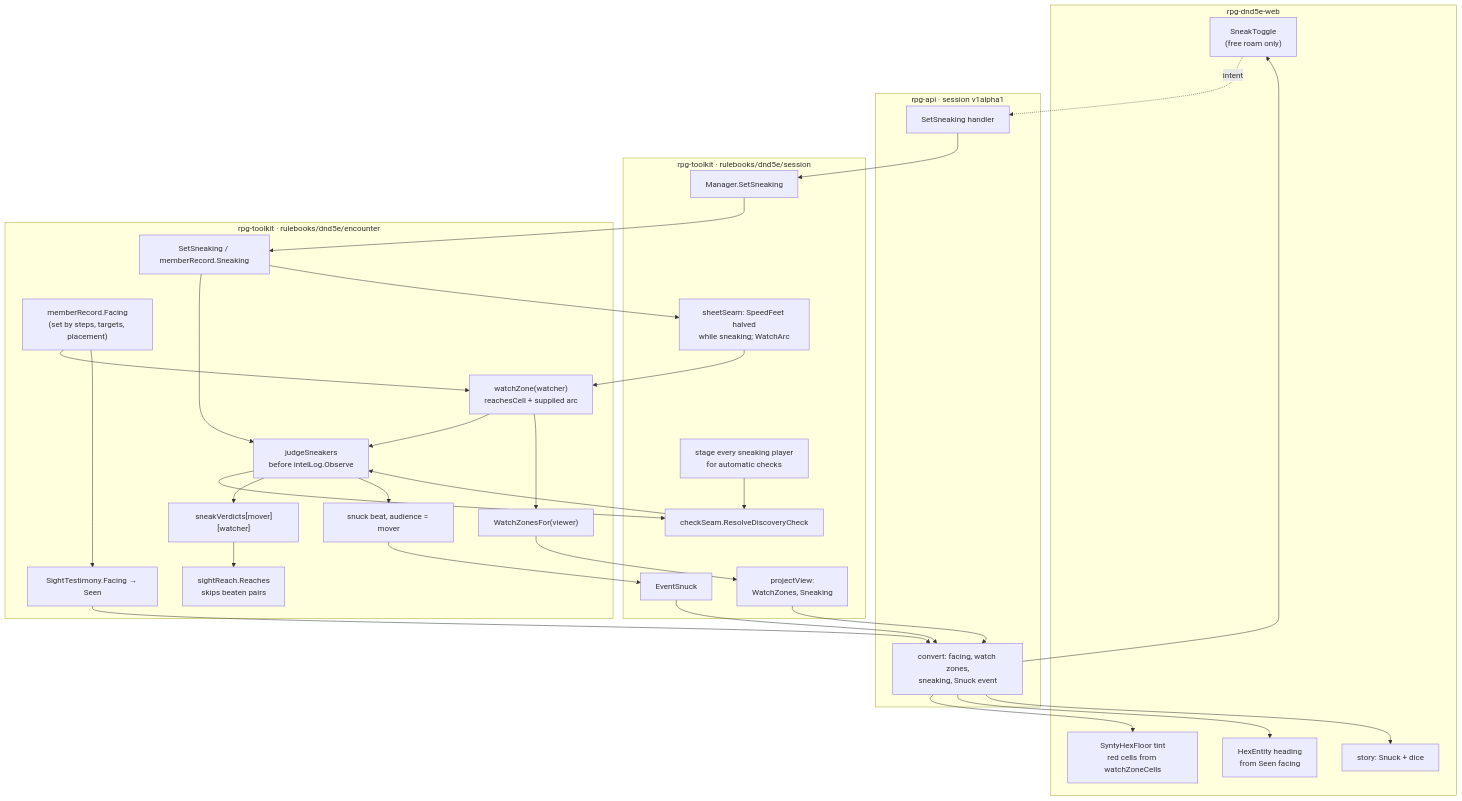
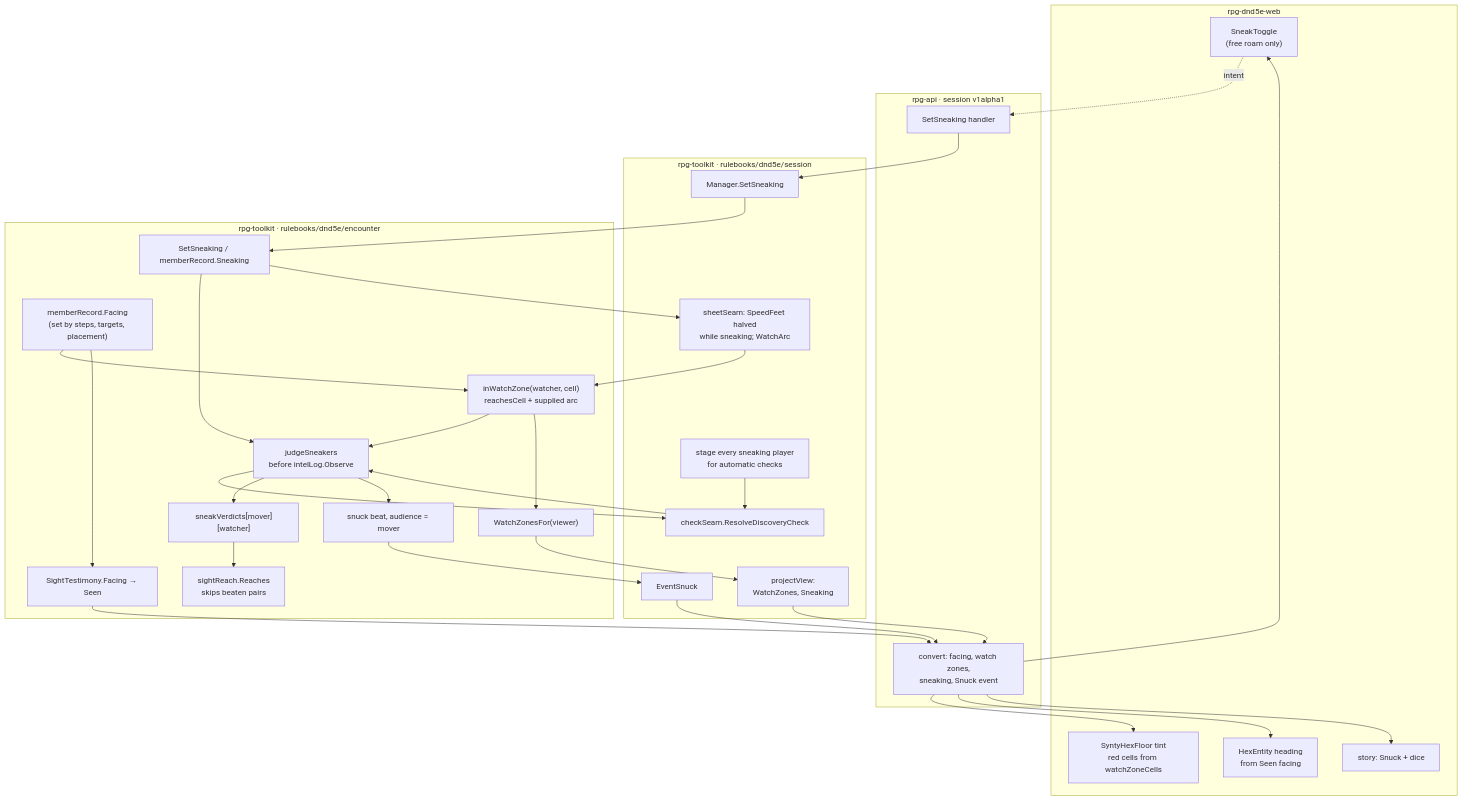
One commit to KirkDiggler/rpg-project changed the diagram in ideas/sneaking/README.md. Above: the diagram before and after it, drawn with Mermaid. The commit also changed other lines of this file and 2 other files, not shown here.

First line of the commit message:
docs(sneaking): C-cone shipped — a supplied arc narrows the red zone to a wedge (#622)

````diff
--- a/ideas/sneaking/README.md
+++ b/ideas/sneaking/README.md
@@ -27,44 +27,44 @@
 ```mermaid
 flowchart TB
     subgraph web[rpg-dnd5e-web]
         Tog["SneakToggle<br/>(free roam only)"]
         Red["SyntyHexFloor tint<br/>red cells from watchZoneCells"]
         Head["HexEntity heading<br/>from Seen facing"]
         Sto["story: Snuck + dice"]
     end
     subgraph api[rpg-api · session v1alpha1]
         H["SetSneaking handler"]
         C["convert: facing, watch zones,<br/>sneaking, Snuck event"]
     end
     subgraph ses[rpg-toolkit · rulebooks/dnd5e/session]
         MS["Manager.SetSneaking"]
         ST["stage every sneaking player<br/>for automatic checks"]
         CS["checkSeam.ResolveDiscoveryCheck"]
         SH["sheetSeam: SpeedFeet halved<br/>while sneaking; WatchArc"]
         PV["projectView:<br/>WatchZones, Sneaking"]
         EV["EventSnuck"]
     end
     subgraph enc[rpg-toolkit · rulebooks/dnd5e/encounter]
         SS["SetSneaking / memberRecord.Sneaking"]
         FA["memberRecord.Facing<br/>(set by steps, targets, placement)"]
-        ZN["watchZone(watcher)<br/>reachesCell + supplied arc"]
+        ZN["inWatchZone(watcher, cell)<br/>reachesCell + supplied arc"]
         JD["judgeSneakers<br/>before intelLog.Observe"]
         VD["sneakVerdicts[mover][watcher]"]
         RC["sightReach.Reaches<br/>skips beaten pairs"]
         SB["snuck beat, audience = mover"]
         WZ["WatchZonesFor(viewer)"]
         TS["SightTestimony.Facing → Seen"]
     end
     Tog -. intent .-> H --> MS --> SS
     FA --> ZN --> JD
     SS --> JD
     JD --> CS --> JD
     JD --> VD --> RC
     JD --> SB --> EV --> C
     ZN --> WZ --> PV --> C
     FA --> TS --> C
     SS --> SH
     SH --> ZN
     ST --> CS
     C --> Red & Head & Sto & Tog
 ```
````
